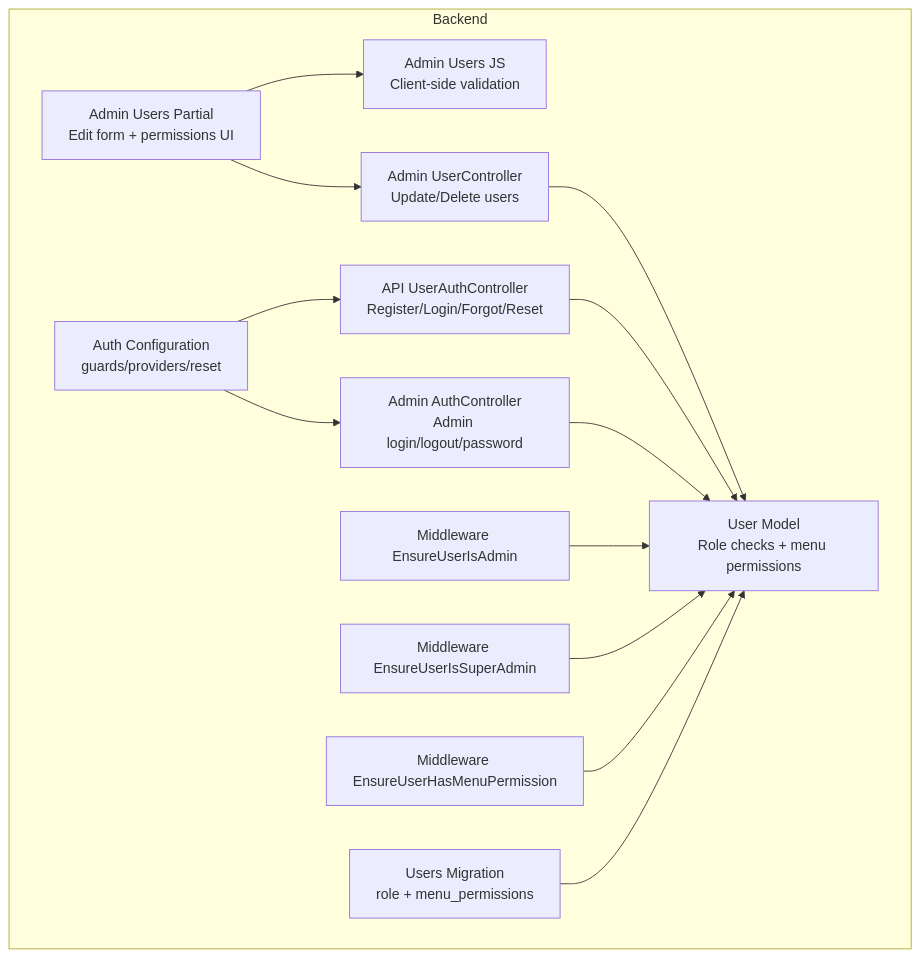
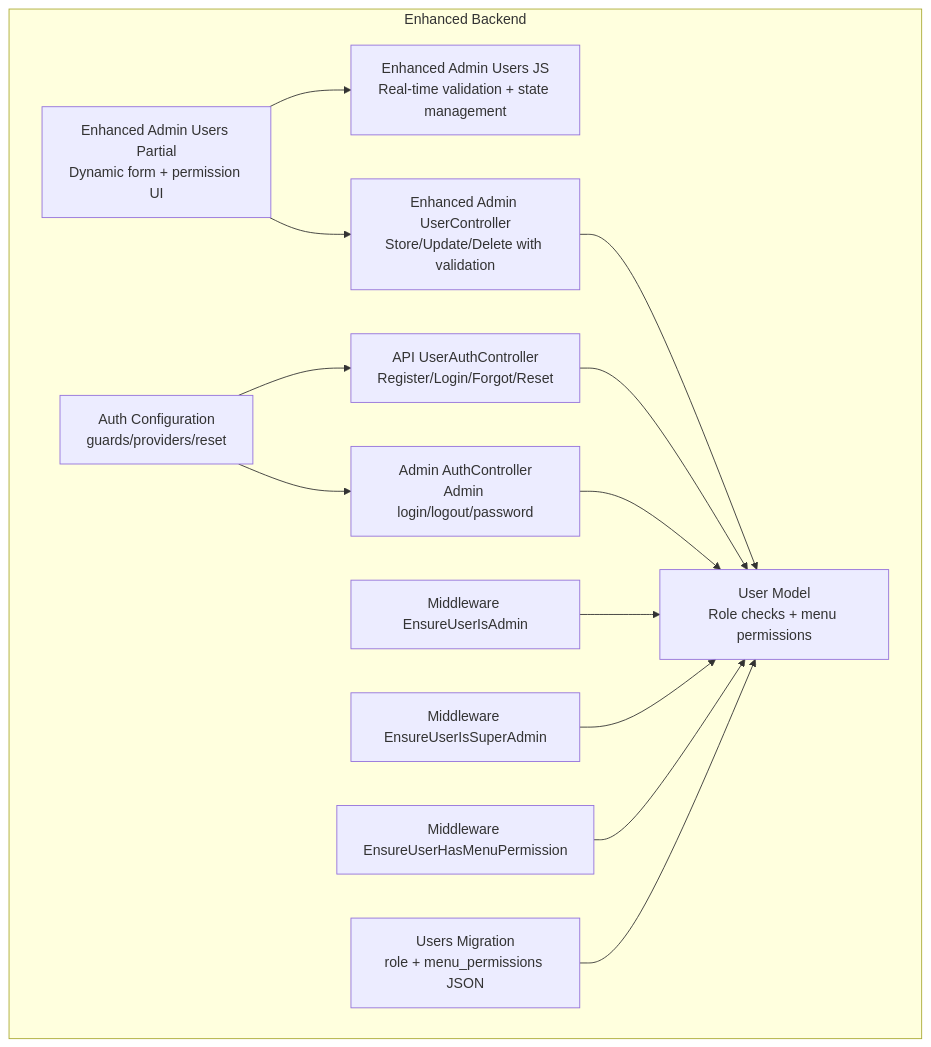
Before and after one commit to mahbub095/bus-app: the first of 9 diagrams in .qoder/repowiki/en/content/Administrative Dashboard/User Management & Permissions.md, drawn with Mermaid. The commit also changed other lines of this file and 119 other files, not shown here.

````diff
--- a/.qoder/repowiki/en/content/Administrative Dashboard/User Management & Permissions.md
+++ b/.qoder/repowiki/en/content/Administrative Dashboard/User Management & Permissions.md
@@ -36,27 +44,27 @@
 ```mermaid
 graph TB
-subgraph "Backend"
+subgraph "Enhanced Backend"
 Model["User Model<br/>Role checks + menu permissions"]
-AdminCtrl["Admin UserController<br/>Update/Delete users"]
+AdminCtrl["Enhanced Admin UserController<br/>Store/Update/Delete with validation"]
 ApiCtrl["API UserAuthController<br/>Register/Login/Forgot/Reset"]
 AdminAuth["Admin AuthController<br/>Admin login/logout/password"]
 MW1["Middleware EnsureUserIsAdmin"]
 MW2["Middleware EnsureUserIsSuperAdmin"]
 MW3["Middleware EnsureUserHasMenuPermission"]
-DBMig["Users Migration<br/>role + menu_permissions"]
-View["Admin Users Partial<br/>Edit form + permissions UI"]
-JS["Admin Users JS<br/>Client-side validation"]
+DBMig["Users Migration<br/>role + menu_permissions JSON"]
+View["Enhanced Admin Users Partial<br/>Dynamic form + permission UI"]
+JS["Enhanced Admin Users JS<br/>Real-time validation + state management"]
 AuthCfg["Auth Configuration<br/>guards/providers/reset"]
 end
 View --> JS
 View --> AdminCtrl
 AdminCtrl --> Model
 ApiCtrl --> Model
 AdminAuth --> Model
 MW1 --> Model
 MW2 --> Model
 MW3 --> Model
 DBMig --> Model
 AuthCfg --> AdminAuth
 AuthCfg --> ApiCtrl
 ```
````
